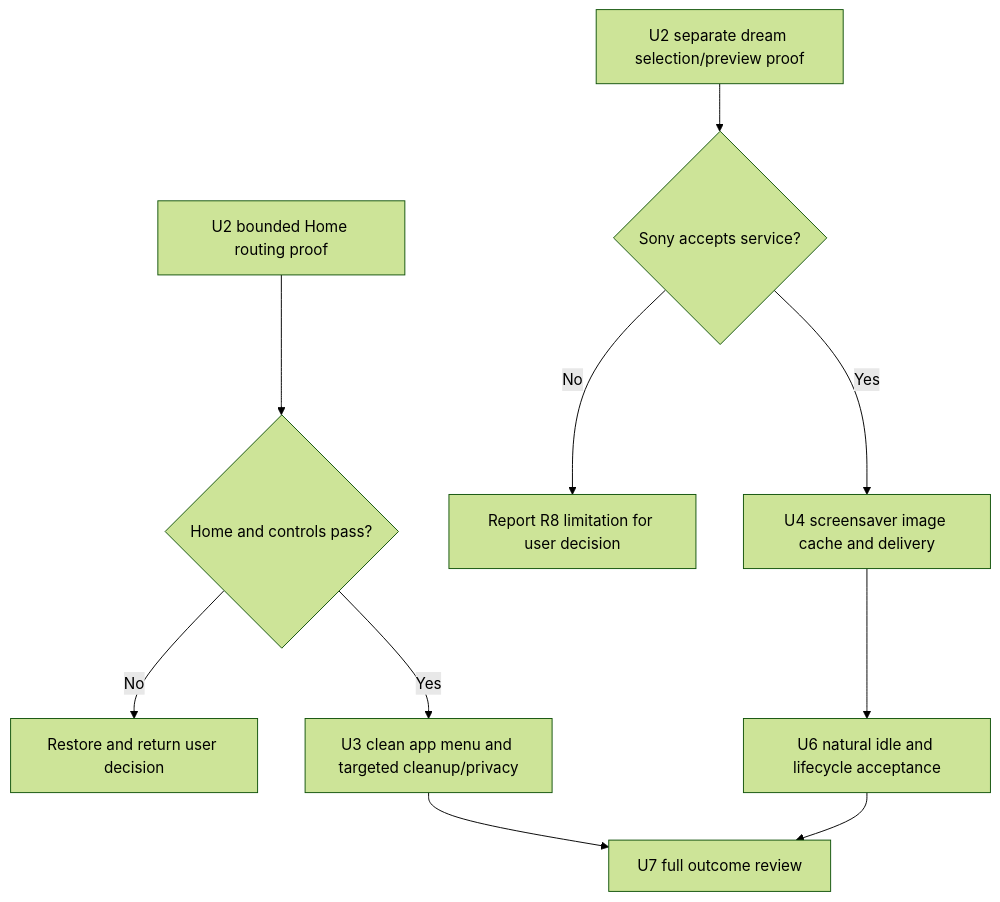
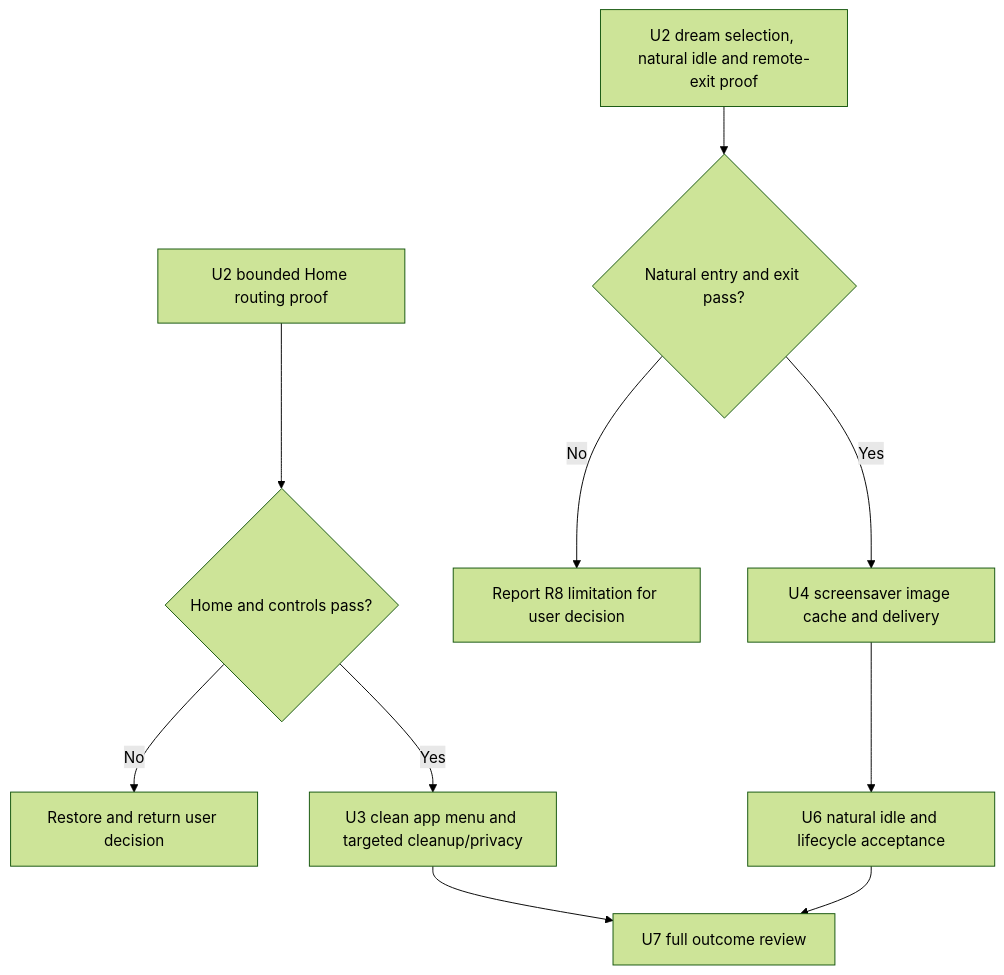
The third of 3 diagrams in docs/plans/2026-10-18-0839-feat-sony-tv-haystack-integration-plan.md (andres-monge/haystack), drawn with Mermaid (forest theme) before and after one commit. The commit also changed other lines of this file and 2 other files, not shown here.

````diff
--- a/docs/plans/2026-10-18-0839-feat-sony-tv-haystack-integration-plan.md
+++ b/docs/plans/2026-10-18-0839-feat-sony-tv-haystack-integration-plan.md
@@ -166,12 +167,12 @@
 ```mermaid
 flowchart TB
   HomeProof[U2 bounded Home routing proof] --> HomeGate{Home and controls pass?}
   HomeGate -->|No| Restore[Restore and return user decision]
   HomeGate -->|Yes| Cleanup[U3 clean app menu and targeted cleanup/privacy]
-  DreamProof[U2 separate dream selection/preview proof] --> DreamGate{Sony accepts service?}
+  DreamProof[U2 dream selection, natural idle and remote-exit proof] --> DreamGate{Natural entry and exit pass?}
   DreamGate -->|No| Decide[Report R8 limitation for user decision]
   DreamGate -->|Yes| Delivery[U4 screensaver image cache and delivery]
   Delivery --> Idle[U6 natural idle and lifecycle acceptance]
   Cleanup --> Review[U7 full outcome review]
   Idle --> Review
 ```
````
